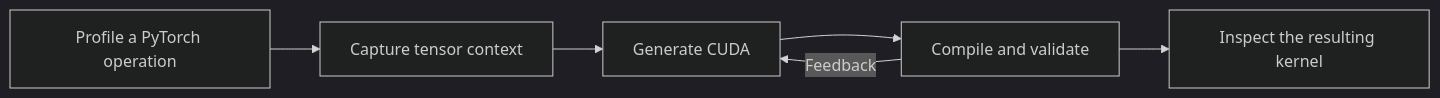
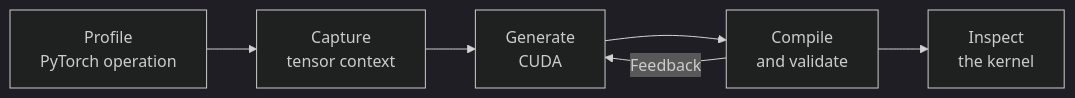
One commit to Dhravidk/openTorch changed the diagram in README.md. Above: the diagram before and after it, drawn with Mermaid (dark theme).

Commit message:
Improve architecture diagram label readability

````diff
--- a/README.md
+++ b/README.md
@@ -9,8 +9,8 @@
 ```mermaid
 flowchart LR
-    A[Profile a PyTorch operation] --> B[Capture tensor context]
-    B --> C[Generate CUDA]
-    C --> D[Compile and validate]
+    A["Profile<br/>PyTorch operation"] --> B["Capture<br/>tensor context"]
+    B --> C["Generate<br/>CUDA"]
+    C --> D["Compile<br/>and validate"]
     D -->|Feedback| C
-    D --> E[Inspect the resulting kernel]
+    D --> E["Inspect<br/>the kernel"]
 ```
````
